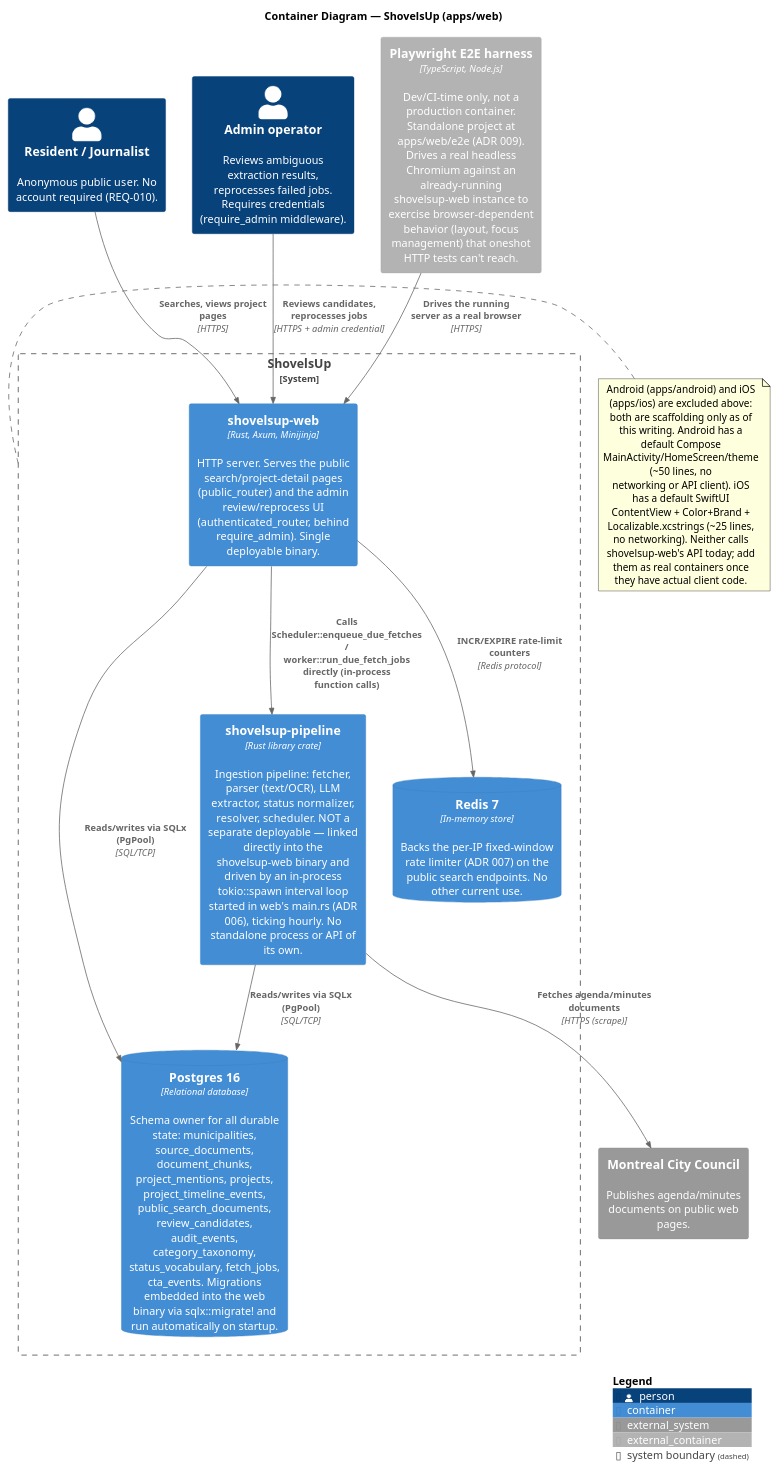
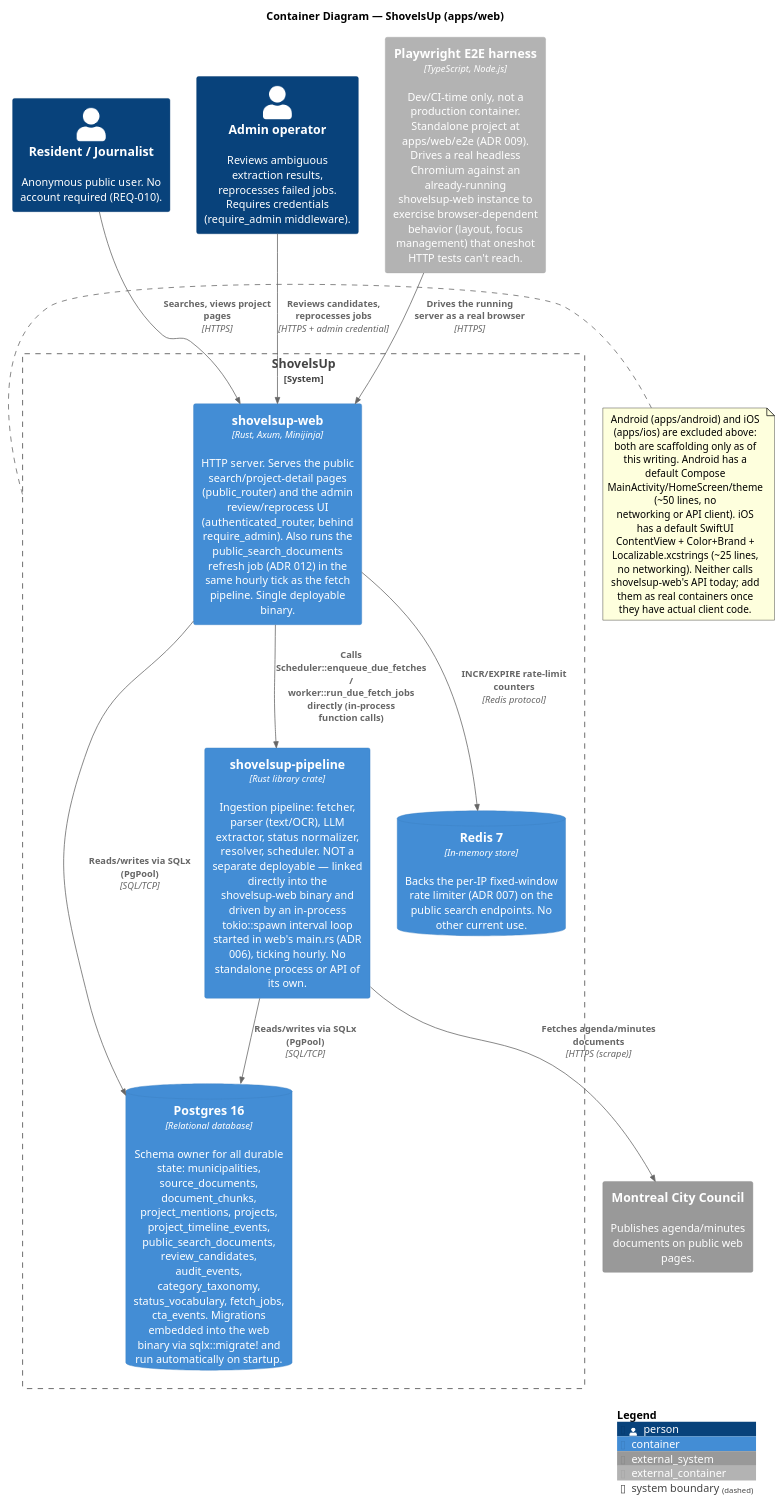
The diagram in docs/architecture/c4-container.puml (landovskis/ShovelsUp), drawn with PlantUML before and after one commit. The commit also changed 2 other files, not shown here.

Commit message:
fix(web): wire public search index refresh into the periodic tick
refresh_public_search_index existed with full test coverage since
REQ-004 but was never actually called anywhere in main.rs, so
public_search_documents never populated in a real running server —
found while manually verifying the search page in a browser. Now runs
in the same hourly tokio::interval loop as the existing fetch pipeline,
right after it, so newly-ingested projects appear in search results
within the same tick. Verified live: a freshly-seeded project became
searchable with zero manual intervention after this change.

```diff
--- a/docs/architecture/c4-container.puml
+++ b/docs/architecture/c4-container.puml
@@ -1,42 +1,42 @@
 @startuml c4-container
 !include https://raw.githubusercontent.com/plantuml-stdlib/C4-PlantUML/master/C4_Container.puml
 
 title Container Diagram — ShovelsUp (apps/web)
 
 Person(resident, "Resident / Journalist", "Anonymous public user. No account required (REQ-010).")
 Person(operator, "Admin operator", "Reviews ambiguous extraction results, reprocesses failed jobs. Requires credentials (require_admin middleware).")
 System_Ext(council, "Montreal City Council", "Publishes agenda/minutes documents on public web pages.")
 
 System_Boundary(shovelsup, "ShovelsUp") {
-    Container(web, "shovelsup-web", "Rust, Axum, Minijinja", "HTTP server. Serves the public search/project-detail pages (public_router) and the admin review/reprocess UI (authenticated_router, behind require_admin). Single deployable binary.")
+    Container(web, "shovelsup-web", "Rust, Axum, Minijinja", "HTTP server. Serves the public search/project-detail pages (public_router) and the admin review/reprocess UI (authenticated_router, behind require_admin). Also runs the public_search_documents refresh job (ADR 012) in the same hourly tick as the fetch pipeline. Single deployable binary.")
 
     Container(pipeline, "shovelsup-pipeline", "Rust library crate", "Ingestion pipeline: fetcher, parser (text/OCR), LLM extractor, status normalizer, resolver, scheduler. NOT a separate deployable — linked directly into the shovelsup-web binary and driven by an in-process tokio::spawn interval loop started in web's main.rs (ADR 006), ticking hourly. No standalone process or API of its own.")
 
     ContainerDb(postgres, "Postgres 16", "Relational database", "Schema owner for all durable state: municipalities, source_documents, document_chunks, project_mentions, projects, project_timeline_events, public_search_documents, review_candidates, audit_events, category_taxonomy, status_vocabulary, fetch_jobs, cta_events. Migrations embedded into the web binary via sqlx::migrate! and run automatically on startup.")
 
     ContainerDb(redis, "Redis 7", "In-memory store", "Backs the per-IP fixed-window rate limiter (ADR 007) on the public search endpoints. No other current use.")
 }
 
 Container_Ext(e2e, "Playwright E2E harness", "TypeScript, Node.js", "Dev/CI-time only, not a production container. Standalone project at apps/web/e2e (ADR 009). Drives a real headless Chromium against an already-running shovelsup-web instance to exercise browser-dependent behavior (layout, focus management) that oneshot HTTP tests can't reach.")
 
 Rel(resident, web, "Searches, views project pages", "HTTPS")
 Rel(operator, web, "Reviews candidates, reprocesses jobs", "HTTPS + admin credential")
 Rel(pipeline, council, "Fetches agenda/minutes documents", "HTTPS (scrape)")
 Rel(web, pipeline, "Calls Scheduler::enqueue_due_fetches / worker::run_due_fetch_jobs directly (in-process function calls)")
 Rel(web, postgres, "Reads/writes via SQLx (PgPool)", "SQL/TCP")
 Rel(pipeline, postgres, "Reads/writes via SQLx (PgPool)", "SQL/TCP")
 Rel(web, redis, "INCR/EXPIRE rate-limit counters", "Redis protocol")
 Rel(e2e, web, "Drives the running server as a real browser", "HTTPS")
 
 note right of shovelsup
   Android (apps/android) and iOS (apps/ios) are excluded above:
   both are scaffolding only as of this writing. Android has a
   default Compose MainActivity/HomeScreen/theme (~50 lines, no
   networking or API client). iOS has a default SwiftUI
   ContentView + Color+Brand + Localizable.xcstrings (~25 lines,
   no networking). Neither calls shovelsup-web's API today; add
   them as real containers once they have actual client code.
 end note
 
 SHOW_LEGEND()
 @enduml
```
